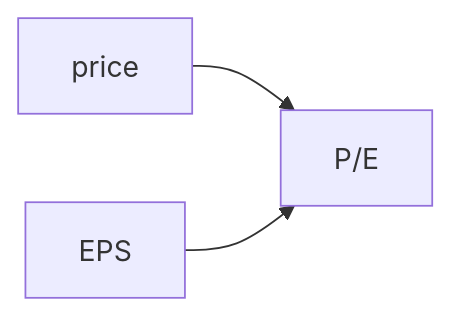
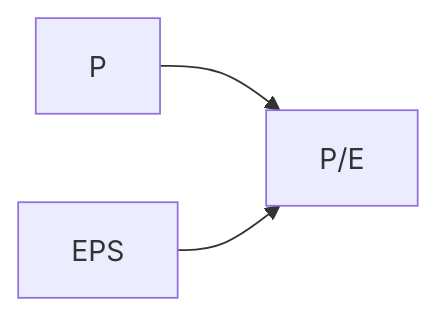
Before and after one commit to ESkuratov/investing: the first of 2 diagrams in notes/Фундаментальный анализ.md, drawn with Mermaid. The commit also changed other lines of this file, not shown here.

Commit message:
add notes to fundamental analysis

````diff
--- a/notes/Фундаментальный анализ.md
+++ b/notes/Фундаментальный анализ.md
@@ -3,6 +13,7 @@
 ```mermaid
-graph LR
-
-price & EPS --> P/E 
-
+graph LR;
+P  & EPS  --> P/E;
+click P/E callback "P/E - Price to earnings ration"
+click P callback "P - price"
+click EPS callback "EPS - Earnings per share"
 ```
````
